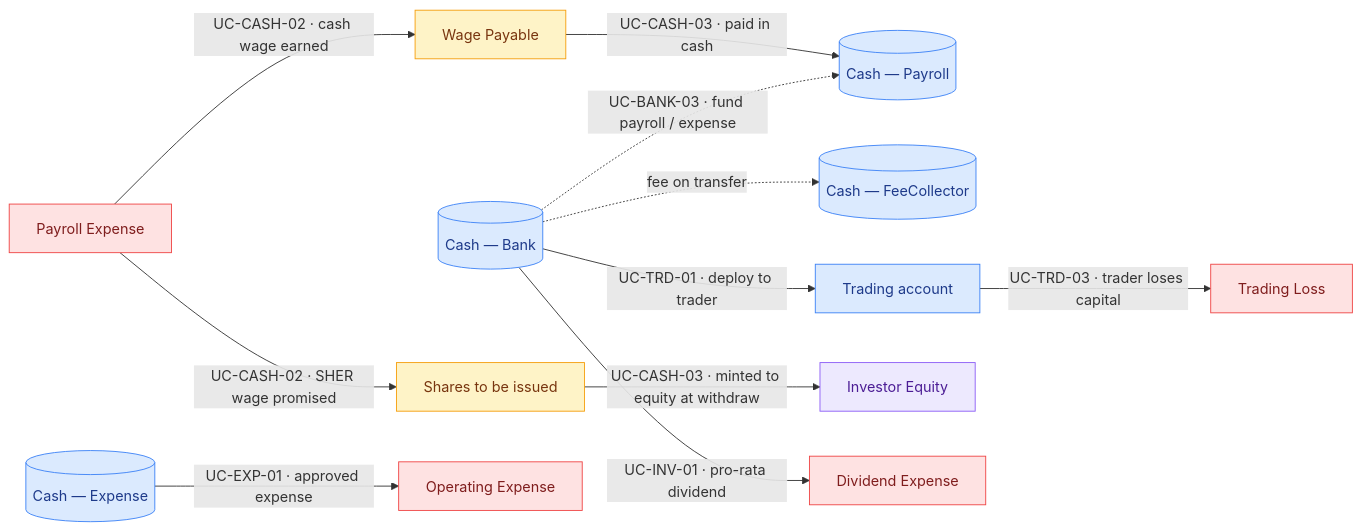
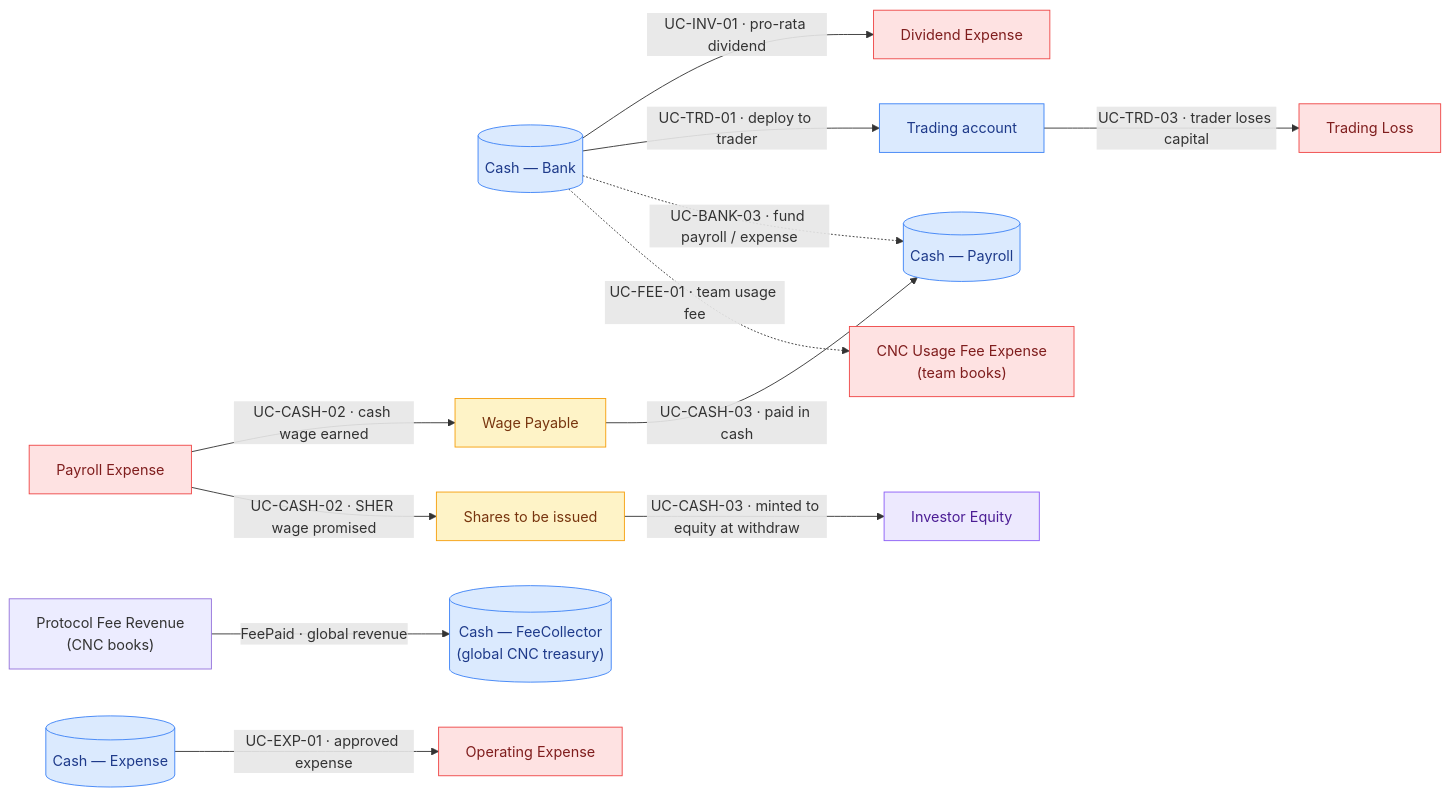
The second of 3 diagrams in docs/features/accounting/money-flow-catalogue.md (globe-and-citizen/cnc-portal), drawn with Mermaid before and after one commit. The commit also changed other lines of this file and 2 other files, not shown here.

Commit message:
docs: 📝 clarify global CNC fee accounting

````diff
--- a/docs/features/accounting/money-flow-catalogue.md
+++ b/docs/features/accounting/money-flow-catalogue.md
@@ -193,33 +201,36 @@
 ```mermaid
 flowchart LR
   bank[("Cash — Bank")]:::asset
   payCash[("Cash — Payroll")]:::asset
   expCash[("Cash — Expense")]:::asset
-  feeCash[("Cash — FeeCollector")]:::asset
+  feeCash[("Cash — FeeCollector<br/>(global CNC treasury)")]:::asset
   trading[Trading account]:::asset
   invEq[Investor Equity]:::equity
   wagePay[Wage Payable]:::liability
   sharesIssue[Shares to be issued]:::liability
 
   payroll[Payroll Expense]:::expense
   opex[Operating Expense]:::expense
   divExp[Dividend Expense]:::expense
   tradeLoss[Trading Loss]:::expense
 
   payroll -->|"UC-CASH-02 · cash wage earned"| wagePay
   payroll -->|"UC-CASH-02 · SHER wage promised"| sharesIssue
   wagePay -->|"UC-CASH-03 · paid in cash"| payCash
   sharesIssue -->|"UC-CASH-03 · minted to equity at withdraw"| invEq
   expCash -->|"UC-EXP-01 · approved expense"| opex
   bank -->|"UC-INV-01 · pro-rata dividend"| divExp
   bank -->|"UC-TRD-01 · deploy to trader"| trading
   trading -->|"UC-TRD-03 · trader loses capital"| tradeLoss
 
   bank -.->|"UC-BANK-03 · fund payroll / expense"| payCash
-  bank -.->|"fee on transfer"| feeCash
+  feeExpense["CNC Usage Fee Expense<br/>(team books)"]:::expense
+  protocolFee["Protocol Fee Revenue<br/>(CNC books)"]:::income
+  bank -.->|"UC-FEE-01 · team usage fee"| feeExpense
+  protocolFee -->|"FeePaid · global revenue"| feeCash
 
   classDef asset fill:#dbeafe,stroke:#3b82f6,color:#1e3a8a;
   classDef equity fill:#ede9fe,stroke:#8b5cf6,color:#4c1d95;
   classDef expense fill:#fee2e2,stroke:#ef4444,color:#7f1d1d;
   classDef liability fill:#fef3c7,stroke:#f59e0b,color:#78350f;
 ```
````
